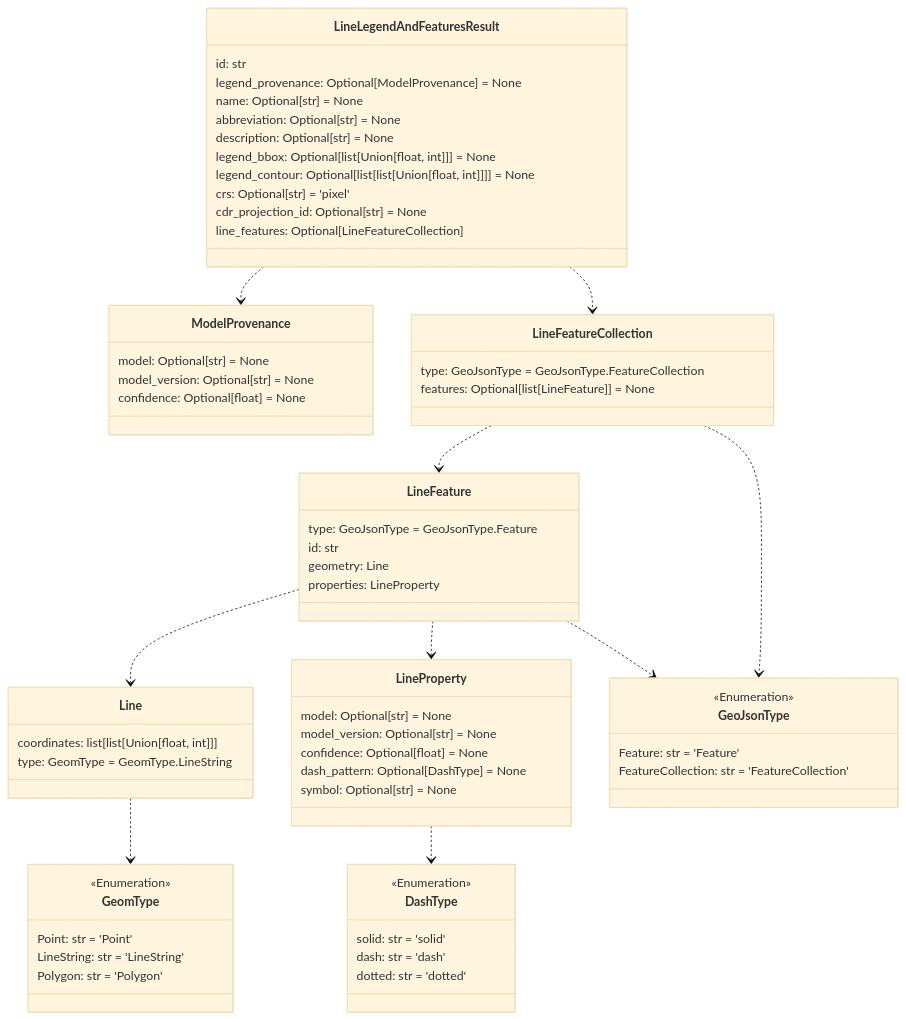
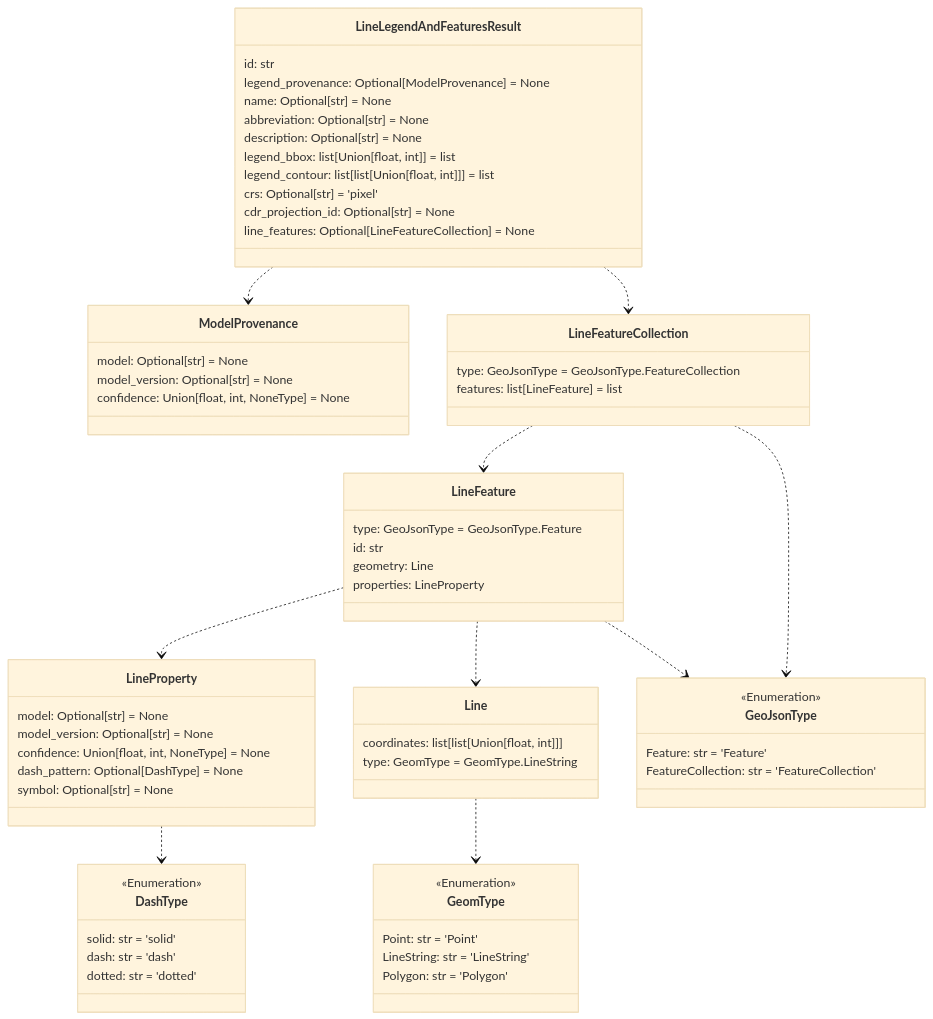
One commit to DARPA-CRITICALMAAS/cdr_schemas changed the sixth of 12 diagrams in README.md. Above: the diagram before and after it, drawn with Mermaid (base theme). The commit also changed other lines of this file and 20 other files, not shown here.

````diff
--- a/README.md
+++ b/README.md
@@ -433,79 +433,79 @@
 ```mermaid
 classDiagram
 
-    class ModelProvenance {
+    class LineProperty {
         model: Optional[str] = None
         model_version: Optional[str] = None
-        confidence: Optional[float] = None
-    }
-
-    class Line {
-        coordinates: list[list[Union[float, int]]]
-        type: GeomType = GeomType.LineString
-    }
-
-    class LineLegendAndFeaturesResult {
-        id: str
-        legend_provenance: Optional[ModelProvenance] = None
-        name: Optional[str] = None
-        abbreviation: Optional[str] = None
-        description: Optional[str] = None
-        legend_bbox: Optional[list[Union[float, int]]] = None
-        legend_contour: Optional[list[list[Union[float, int]]]] = None
-        crs: Optional[str] = 'pixel'
-        cdr_projection_id: Optional[str] = None
-        line_features: Optional[LineFeatureCollection]
+        confidence: Union[float, int, NoneType] = None
+        dash_pattern: Optional[DashType] = None
+        symbol: Optional[str] = None
     }
 
     class DashType {
         <<Enumeration>>
         solid: str = 'solid'
         dash: str = 'dash'
         dotted: str = 'dotted'
     }
 
-    class LineProperty {
-        model: Optional[str] = None
-        model_version: Optional[str] = None
-        confidence: Optional[float] = None
-        dash_pattern: Optional[DashType] = None
-        symbol: Optional[str] = None
-    }
-
-    class LineFeatureCollection {
-        type: GeoJsonType = GeoJsonType.FeatureCollection
-        features: Optional[list[LineFeature]] = None
+    class Line {
+        coordinates: list[list[Union[float, int]]]
+        type: GeomType = GeomType.LineString
     }
 
     class GeomType {
         <<Enumeration>>
         Point: str = 'Point'
         LineString: str = 'LineString'
         Polygon: str = 'Polygon'
     }
 
+    class ModelProvenance {
+        model: Optional[str] = None
+        model_version: Optional[str] = None
+        confidence: Union[float, int, NoneType] = None
+    }
+
     class LineFeature {
         type: GeoJsonType = GeoJsonType.Feature
         id: str
         geometry: Line
         properties: LineProperty
+    }
+
+    class LineFeatureCollection {
+        type: GeoJsonType = GeoJsonType.FeatureCollection
+        features: list[LineFeature] = list
     }
 
     class GeoJsonType {
         <<Enumeration>>
         Feature: str = 'Feature'
         FeatureCollection: str = 'FeatureCollection'
     }
 
+    class LineLegendAndFeaturesResult {
+        id: str
+        legend_provenance: Optional[ModelProvenance] = None
+        name: Optional[str] = None
+        abbreviation: Optional[str] = None
+        description: Optional[str] = None
+        legend_bbox: list[Union[float, int]] = list
+        legend_contour: list[list[Union[float, int]]] = list
+        crs: Optional[str] = 'pixel'
+        cdr_projection_id: Optional[str] = None
+        line_features: Optional[LineFeatureCollection] = None
+    }
+
     Line ..> GeomType
     LineProperty ..> DashType
+    LineFeature ..> LineProperty
     LineFeature ..> Line
-    LineFeature ..> LineProperty
     LineFeature ..> GeoJsonType
     LineFeatureCollection ..> LineFeature
     LineFeatureCollection ..> GeoJsonType
     LineLegendAndFeaturesResult ..> ModelProvenance
     LineLegendAndFeaturesResult ..> LineFeatureCollection
 
 
 ```
````
